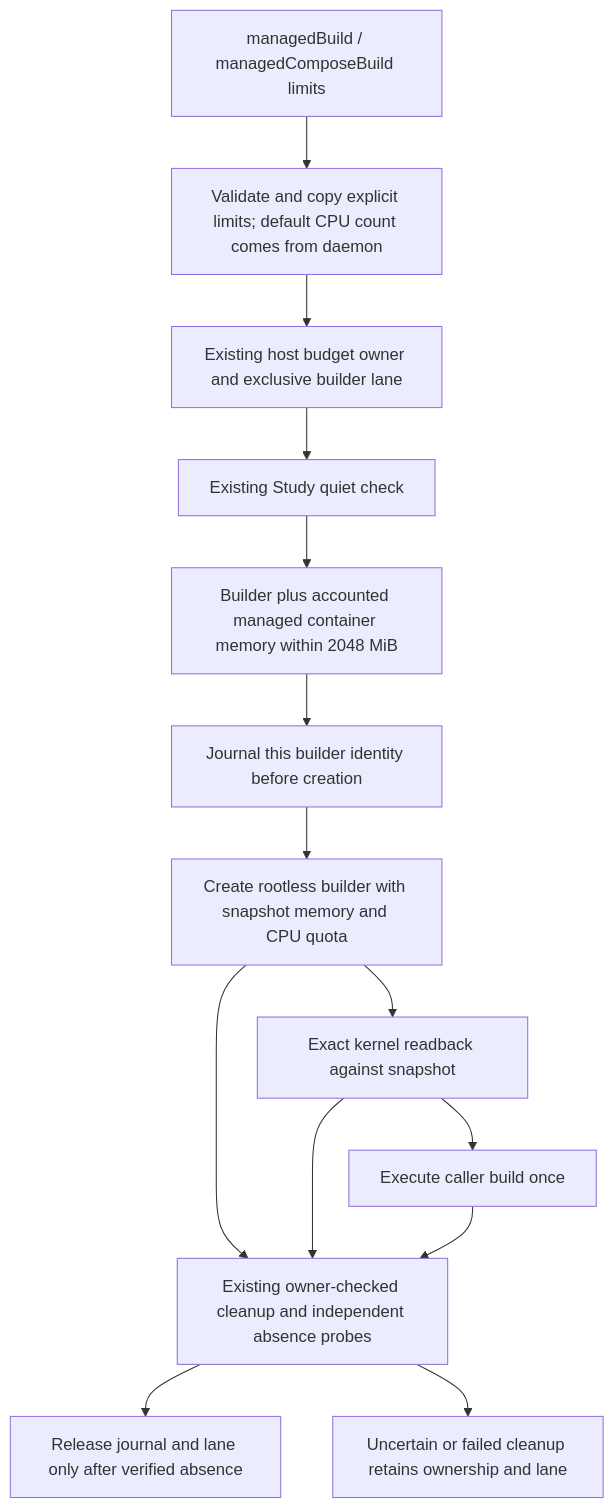
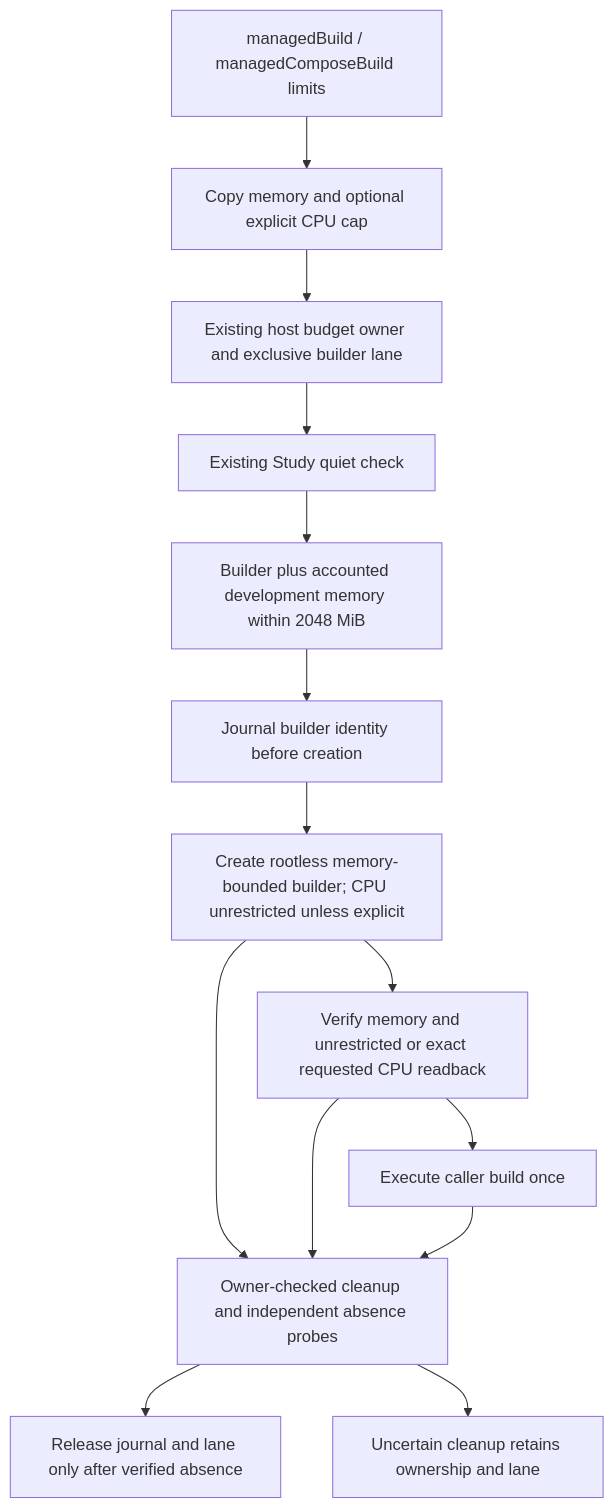
Before and after one commit to aaweaver-actuary/tempo: the second of 2 diagrams in scripts/README.md, drawn with Mermaid. The commit also changed other lines of this file and 40 other files, not shown here.

Commit message:
fix(resources): default ordinary execution to unrestricted CPU

````diff
--- a/scripts/README.md
+++ b/scripts/README.md
@@ -200,16 +196,16 @@
 ```mermaid
 flowchart TD
-    Request[managedBuild / managedComposeBuild limits] --> Snapshot[Validate and copy explicit limits; default CPU count comes from daemon]
+    Request[managedBuild / managedComposeBuild limits] --> Snapshot[Copy memory and optional explicit CPU cap]
     Snapshot --> Owner[Existing host budget owner and exclusive builder lane]
     Owner --> Quiet[Existing Study quiet check]
-    Quiet --> Admission[Builder plus accounted managed container memory within 2048 MiB]
-    Admission --> Journal[Journal this builder identity before creation]
-    Journal --> Create[Create rootless builder with snapshot memory and CPU quota]
-    Create --> Verify[Exact kernel readback against snapshot]
+    Quiet --> Admission[Builder plus accounted development memory within 2048 MiB]
+    Admission --> Journal[Journal builder identity before creation]
+    Journal --> Create[Create rootless memory-bounded builder; CPU unrestricted unless explicit]
+    Create --> Verify[Verify memory and unrestricted or exact requested CPU readback]
     Verify --> Build[Execute caller build once]
-    Create --> Cleanup[Existing owner-checked cleanup and independent absence probes]
+    Create --> Cleanup[Owner-checked cleanup and independent absence probes]
     Verify --> Cleanup
     Build --> Cleanup
     Cleanup --> Release[Release journal and lane only after verified absence]
-    Cleanup --> Retain[Uncertain or failed cleanup retains ownership and lane]
+    Cleanup --> Retain[Uncertain cleanup retains ownership and lane]
 ```
````
